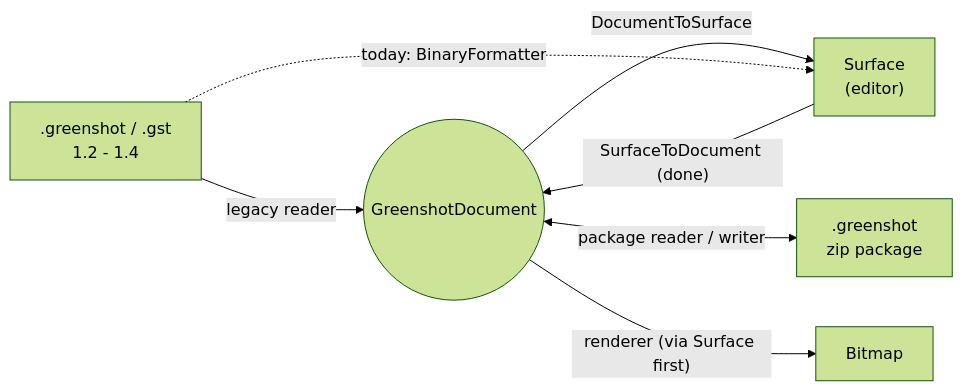
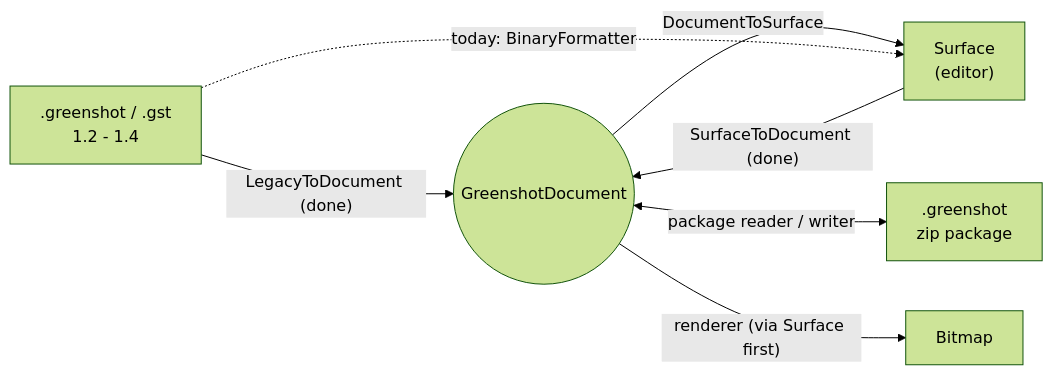
The fourth of 4 diagrams in docs/document-model.md (greenshot/greenshot), drawn with Mermaid (forest theme) before and after one commit. The commit also changed other lines of this file and 75 other files, not shown here.

````diff
--- a/docs/document-model.md
+++ b/docs/document-model.md
@@ -176,15 +175,15 @@
 ```mermaid
 flowchart LR
     OldFile[".greenshot / .gst<br/>1.2 - 1.4"]
     NewFile[".greenshot<br/>zip package"]
     Surface["Surface<br/>(editor)"]
     Doc(("GreenshotDocument"))
     Bitmap["Bitmap"]
 
     Surface -->|"SurfaceToDocument (done)"| Doc
-    OldFile -->|"legacy reader"| Doc
+    OldFile -->|"LegacyToDocument (done)"| Doc
     Doc -->|"DocumentToSurface"| Surface
     Doc <-->|"package reader / writer"| NewFile
     Doc -->|"renderer (via Surface first)"| Bitmap
     OldFile -.->|"today: BinaryFormatter"| Surface
 ```
````
